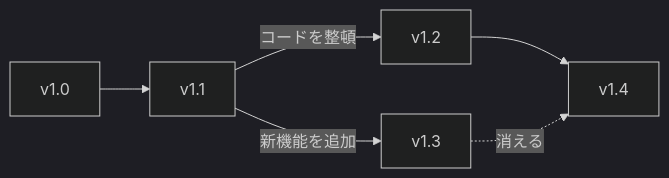
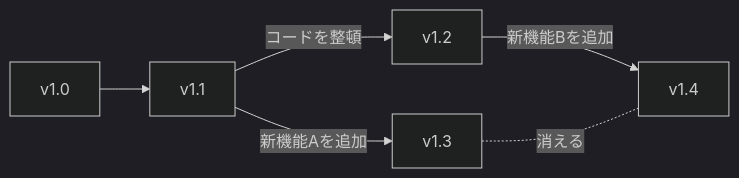
One commit to niigata-onkyo/git-tutorial changed the diagram in content/docs/git/01-vcs.md. Above: the diagram before and after it, drawn with Mermaid (dark theme). The commit also changed other lines of this file, not shown here.

Commit message:
docs: 01-vcs を更新

````diff
--- a/content/docs/git/01-vcs.md
+++ b/content/docs/git/01-vcs.md
@@ -16,9 +16,9 @@
 ```mermaid
 graph LR;
 
 10[v1.0] --> 11[v1.1];
 11 -- コードを整頓 --> 12[v1.2];
-11 -- 新機能を追加 --> 13[v1.3];
-12 --> 14[v1.4];
-13 -. 消える -.-> 14;
+11 -- 新機能Aを追加 --> 13[v1.3];
+12 -- 新機能Bを追加 --> 14[v1.4];
+13 -. 消える -.- 14;
 ```
````
